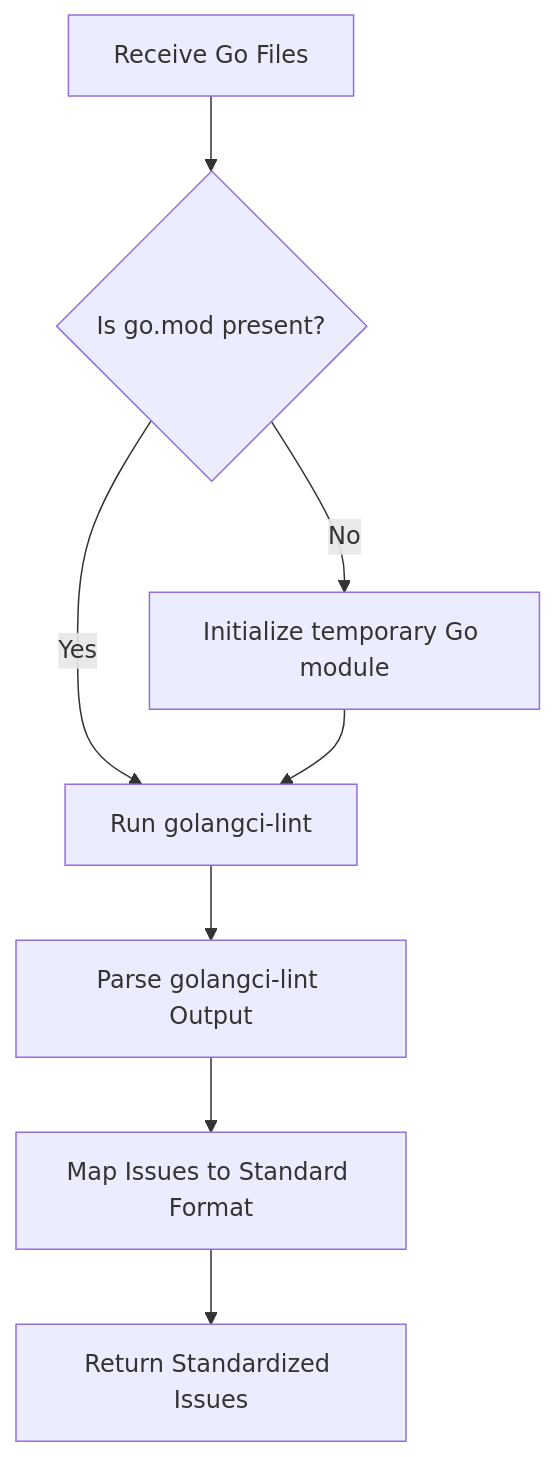
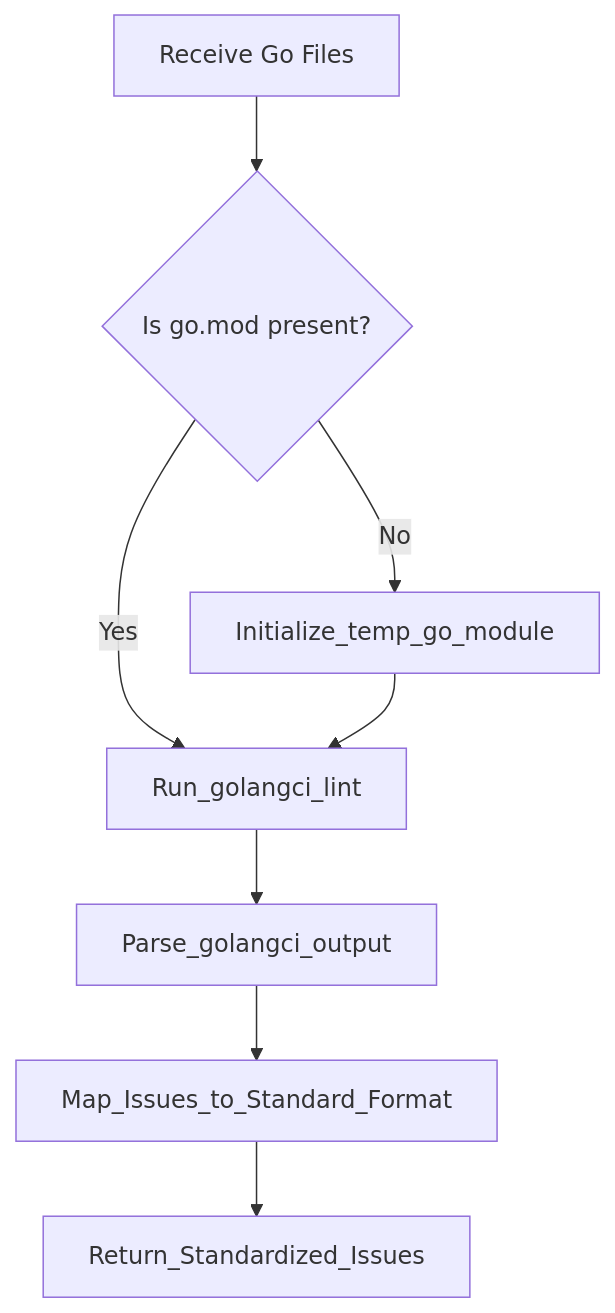
One commit to EuclidStellar/golloraa changed the fifth of 6 diagrams in logical_flow.md. Above: the diagram before and after it, drawn with Mermaid. The commit also changed other lines of this file, not shown here.

First line of the commit message:
Refactor logical flow diagrams for consistency

````diff
--- a/logical_flow.md
+++ b/logical_flow.md
@@ -152,13 +135,10 @@
 ```mermaid
 flowchart TD
     A[Receive Go Files] --> B{Is go.mod present?}
-    B -->|Yes| D[Run golangci-lint]
-    B -->|No| C[Initialize temporary Go module]
-    C --> D
-    
-    D --> E[Parse golangci-lint Output]
-    E --> F[Map Issues to Standard Format]
-    F --> G[Return Standardized Issues]
-   
-
+    B -->|Yes| Run_golangci_lint
+    B -->|No| Initialize_temp_go_module
+    Initialize_temp_go_module --> Run_golangci_lint
+    Run_golangci_lint --> Parse_golangci_output
+    Parse_golangci_output --> Map_Issues_to_Standard_Format
+    Map_Issues_to_Standard_Format --> Return_Standardized_Issues
 ```
````
